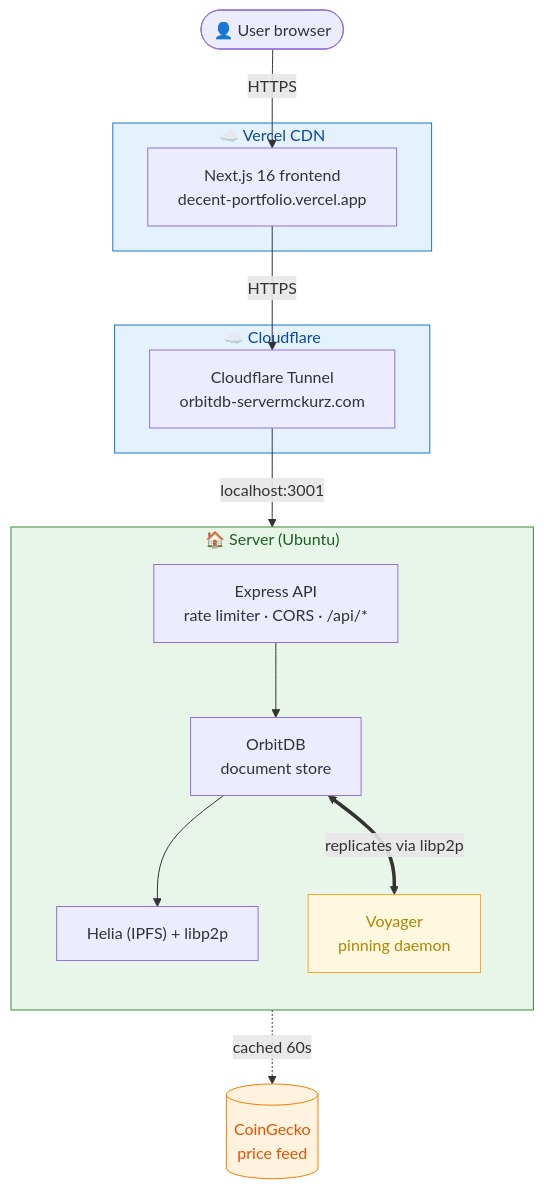
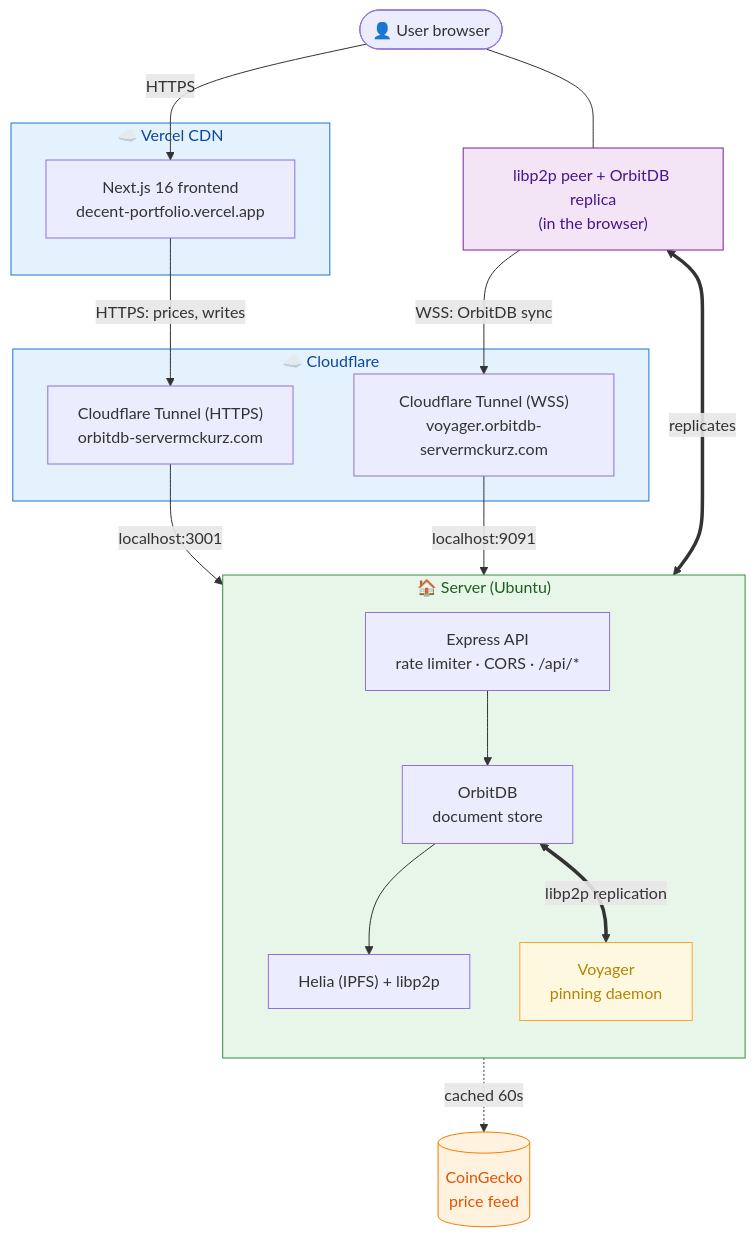
The diagram in README.md (georgemac510/decent-portfolio), drawn with Mermaid before and after one commit. The commit also changed other lines of this file, not shown here.

````diff
--- a/README.md
+++ b/README.md
@@ -17,39 +17,47 @@
 ```mermaid
 flowchart TB
     user(["👤 User browser"])
+    libp2p["libp2p peer + OrbitDB replica<br/>(in the browser)"]
 
     subgraph vercel["☁️ Vercel CDN"]
         frontend["Next.js 16 frontend<br/>decent-portfolio.vercel.app"]
     end
 
     subgraph cloudflare["☁️ Cloudflare"]
-        tunnel["Cloudflare Tunnel<br/>orbitdb-servermckurz.com"]
+        tunnelHttps["Cloudflare Tunnel (HTTPS)<br/>orbitdb-servermckurz.com"]
+        tunnelWss["Cloudflare Tunnel (WSS)<br/>voyager.orbitdb-servermckurz.com"]
     end
 
     subgraph homeserver["🏠 Server (Ubuntu)"]
         direction TB
         express["Express API<br/>rate limiter · CORS · /api/*"]
         orbitdb["OrbitDB<br/>document store"]
         helia["Helia (IPFS) + libp2p"]
         voyager["Voyager<br/>pinning daemon"]
         express --> orbitdb
         orbitdb --> helia
-        orbitdb <==>|"replicates via libp2p"| voyager
+        orbitdb <==>|"libp2p replication"| voyager
     end
 
     coingecko[("CoinGecko<br/>price feed")]
 
     user -- HTTPS --> frontend
-    frontend -- HTTPS --> tunnel
-    tunnel -- "localhost:3001" --> express
+    user --- libp2p
+    frontend -- "HTTPS: prices, writes" --> tunnelHttps
+    libp2p -- "WSS: OrbitDB sync" --> tunnelWss
+    tunnelHttps -- "localhost:3001" --> express
+    tunnelWss -- "localhost:9091" --> voyager
+    libp2p <==>|"replicates"| voyager
     express -. "cached 60s" .-> coingecko
 
     classDef cloud fill:#e3f2fd,stroke:#1976d2,color:#0d47a1
     classDef home fill:#e8f5e9,stroke:#388e3c,color:#1b5e20
     classDef external fill:#fff3e0,stroke:#f57c00,color:#e65100
     classDef voyager fill:#fff8e1,stroke:#f9a825,color:#b48400
+    classDef browser fill:#f3e5f5,stroke:#7b1fa2,color:#4a148c
     class vercel,cloudflare cloud
     class homeserver home
     class coingecko external
     class voyager voyager
+    class libp2p browser
 ```
````
